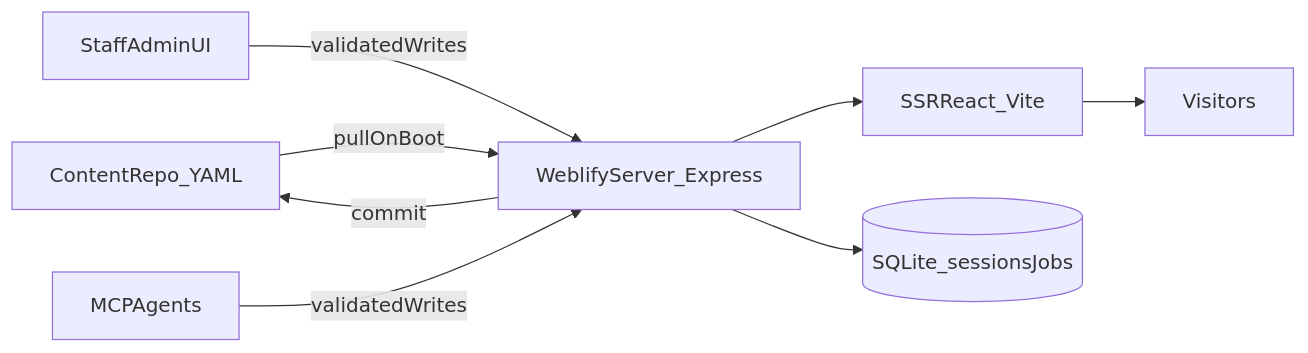
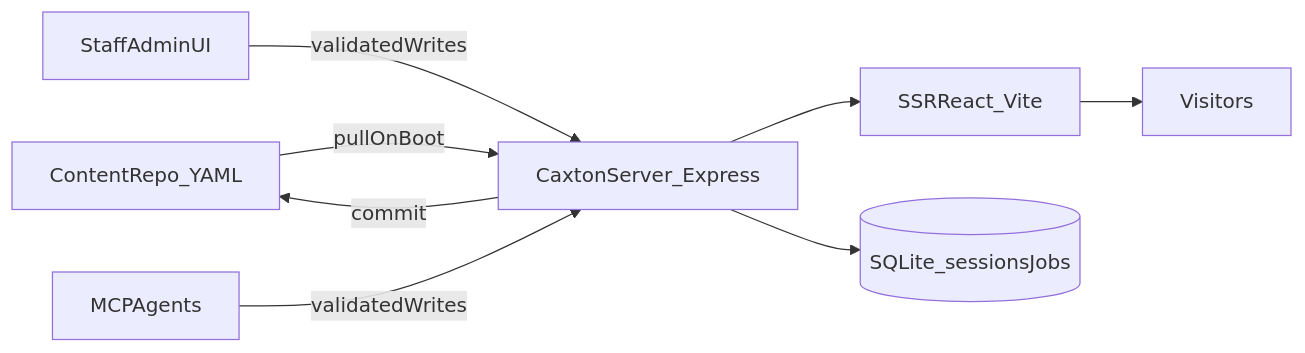
The diagram in README.md (breatheco-de/website-v3), drawn with Mermaid before and after one commit. The commit also changed other lines of this file and 53 other files, not shown here.

First line of the commit message:
Rename Weblify to Caxton across documentation and codebase

````diff
--- a/README.md
+++ b/README.md
@@ -112,10 +112,10 @@
 ```mermaid
 flowchart LR
-    contentRepo[ContentRepo_YAML] -->|pullOnBoot| server[WeblifyServer_Express]
+    contentRepo[ContentRepo_YAML] -->|pullOnBoot| server[CaxtonServer_Express]
     server --> ssr[SSRReact_Vite]
     server --> sqlite[(SQLite_sessionsJobs)]
     staffUI[StaffAdminUI] -->|validatedWrites| server
     mcpAgents[MCPAgents] -->|validatedWrites| server
     server -->|commit| contentRepo
     ssr --> visitors[Visitors]
 ```
````
